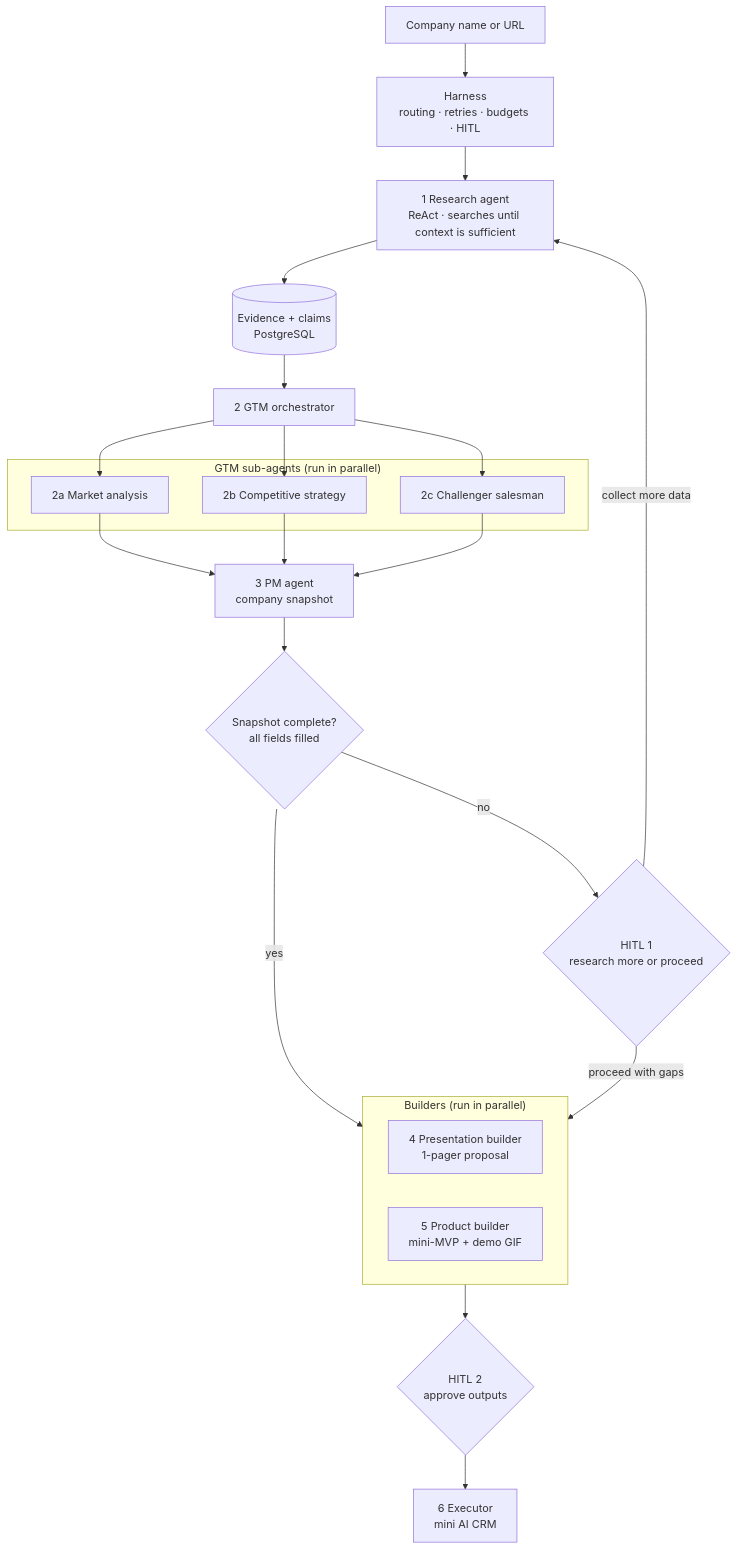
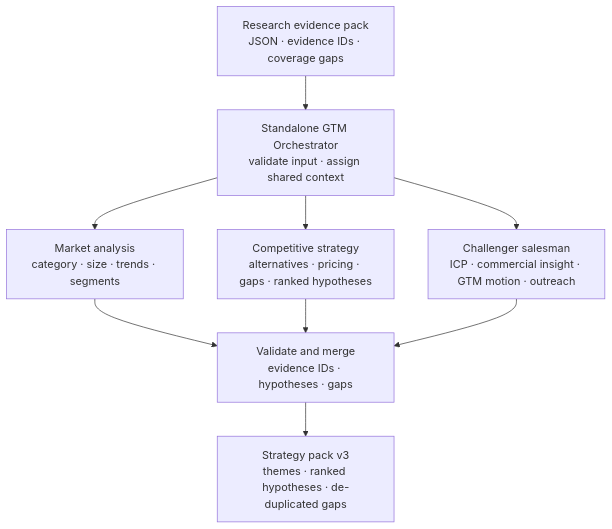
Before and after one commit to efolley/Venture-OS: the diagram in README.md, drawn with Mermaid. The commit also changed other lines of this file and 15 other files, not shown here.

First line of the commit message:
GTM orchestrator V.0.1

````diff
--- a/README.md
+++ b/README.md
@@ -61,25 +59,11 @@
 ```mermaid
 flowchart TD
-    In["Company name or URL"] --> H["Harness<br/>routing · retries · budgets · HITL"]
-    H --> R["1 Research agent<br/>ReAct · searches until context is sufficient"]
-    R --> E[("Evidence + claims<br/>PostgreSQL")]
-    E --> GTM["2 GTM orchestrator"]
-    subgraph SUB["GTM sub-agents (run in parallel)"]
-        MA["2a Market analysis"]
-        CS["2b Competitive strategy"]
-        CH["2c Challenger salesman"]
-    end
-    GTM --> MA & CS & CH
-    MA & CS & CH --> PM["3 PM agent<br/>company snapshot"]
-    PM --> Q{"Snapshot complete?<br/>all fields filled"}
-    Q -->|"yes"| BUILD
-    Q -->|"no"| G1{"HITL 1<br/>research more or proceed"}
-    G1 -->|"collect more data"| R
-    G1 -->|"proceed with gaps"| BUILD
-    subgraph BUILD["Builders (run in parallel)"]
-        PB["4 Presentation builder<br/>1-pager proposal"]
-        PR["5 Product builder<br/>mini-MVP + demo GIF"]
-    end
-    BUILD --> G2{"HITL 2<br/>approve outputs"}
-    G2 --> X["6 Executor<br/>mini AI CRM"]
+    INPUT["Research evidence pack<br/>JSON · evidence IDs · coverage gaps"] --> ORCH["Standalone GTM Orchestrator<br/>validate input · assign shared context"]
+    ORCH --> MARKET["Market analysis<br/>category · size · trends · segments"]
+    ORCH --> COMPETE["Competitive strategy<br/>alternatives · pricing · gaps · ranked hypotheses"]
+    ORCH --> SALES["Challenger salesman<br/>ICP · commercial insight · GTM motion · outreach"]
+    MARKET --> MERGE["Validate and merge<br/>evidence IDs · hypotheses · gaps"]
+    COMPETE --> MERGE
+    SALES --> MERGE
+    MERGE --> OUTPUT["Strategy pack v3<br/>themes · ranked hypotheses · de-duplicated gaps"]
 ```
````
